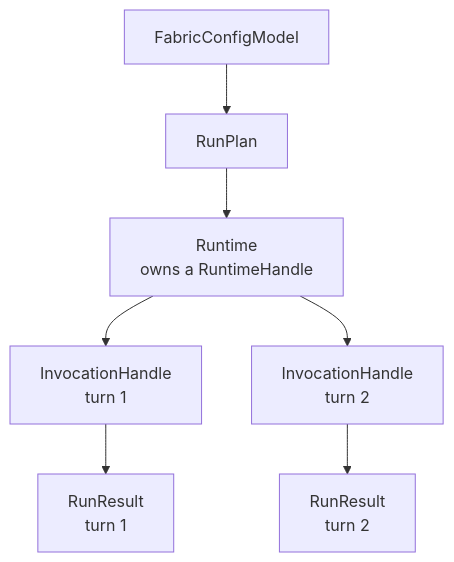
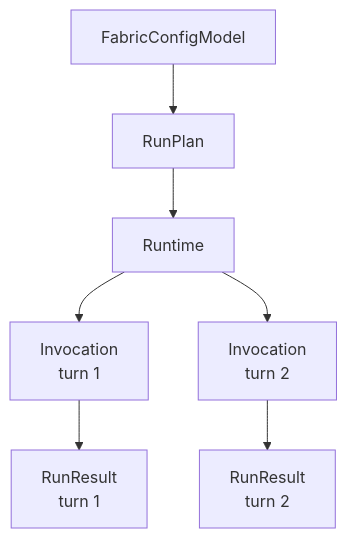
The diagram in docs/sdk/python.mdx (NVIDIA/NeMo-Fabric), drawn with Mermaid before and after one commit. The commit also changed other lines of this file, not shown here.

````diff
--- a/docs/sdk/python.mdx
+++ b/docs/sdk/python.mdx
@@ -37,15 +81,15 @@
 ```mermaid
 flowchart TB
   Config["FabricConfigModel"]
   Plan["RunPlan"]
-  Runtime["Runtime<br/>owns a RuntimeHandle"]
-  Invoke1["InvocationHandle<br/>turn 1"]
-  Invoke2["InvocationHandle<br/>turn 2"]
+  Runtime["Runtime"]
+  Invoke1["Invocation<br/>turn 1"]
+  Invoke2["Invocation<br/>turn 2"]
   Result1["RunResult<br/>turn 1"]
   Result2["RunResult<br/>turn 2"]
 
   Config --> Plan
   Plan --> Runtime
   Runtime --> Invoke1 --> Result1
   Runtime --> Invoke2 --> Result2
 ```
````
